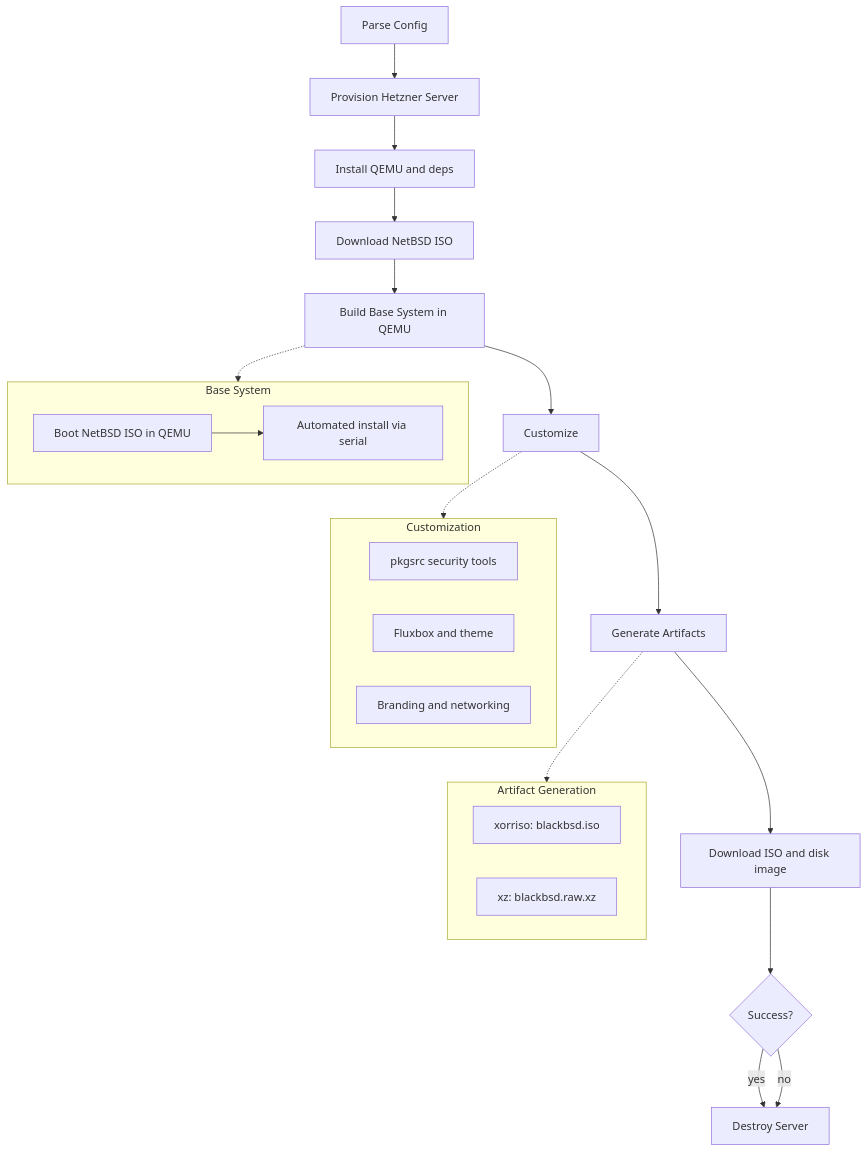
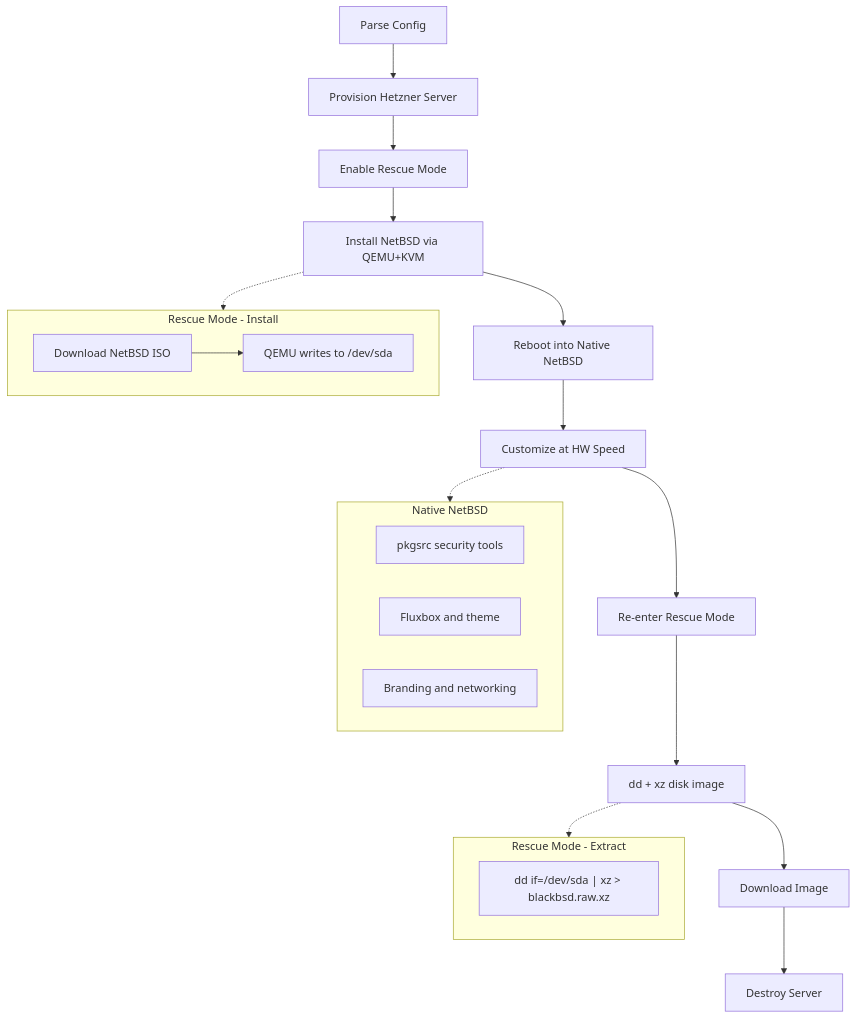
One commit to omarluq/hetzner-blackbsd changed the diagram in README.md. Above: the diagram before and after it, drawn with Mermaid. The commit also changed other lines of this file, not shown here.

````diff
--- a/README.md
+++ b/README.md
@@ -81,33 +82,31 @@
 ```mermaid
 flowchart TD
     A[Parse Config] --> B[Provision Hetzner Server]
-    B --> C[Install QEMU and deps]
-    C --> D[Download NetBSD ISO]
-    D --> E[Build Base System in QEMU]
-    E --> F[Customize]
-    F --> G[Generate Artifacts]
-    G --> H[Download ISO and disk image]
-    H --> I{Success?}
-    I -->|yes| J[Destroy Server]
-    I -->|no| J
+    B --> C[Enable Rescue Mode]
+    C --> D[Install NetBSD via QEMU+KVM]
+    D --> E[Reboot into Native NetBSD]
+    E --> F[Customize at HW Speed]
+    F --> G[Re-enter Rescue Mode]
+    G --> H[dd + xz disk image]
+    H --> I[Download Image]
+    I --> J[Destroy Server]
 
-    subgraph step4 [Base System]
-        E1[Boot NetBSD ISO in QEMU]
-        E2[Automated install via serial]
-        E1 --> E2
+    subgraph rescue1 [Rescue Mode - Install]
+        D1[Download NetBSD ISO]
+        D2[QEMU writes to /dev/sda]
+        D1 --> D2
     end
-    E -.-> step4
+    D -.-> rescue1
 
-    subgraph step5 [Customization]
+    subgraph native [Native NetBSD]
         F1[pkgsrc security tools]
         F2[Fluxbox and theme]
         F3[Branding and networking]
     end
-    F -.-> step5
+    F -.-> native
 
-    subgraph step6 [Artifact Generation]
-        G1[xorriso: blackbsd.iso]
-        G2[xz: blackbsd.raw.xz]
+    subgraph rescue2 [Rescue Mode - Extract]
+        H1["dd if=/dev/sda | xz > blackbsd.raw.xz"]
     end
-    G -.-> step6
+    H -.-> rescue2
 ```
````
